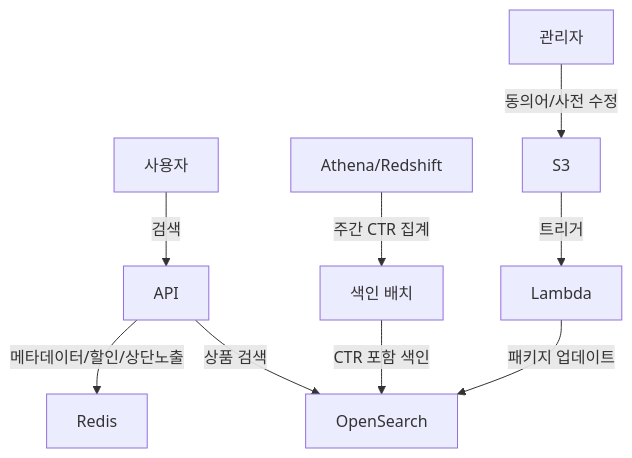
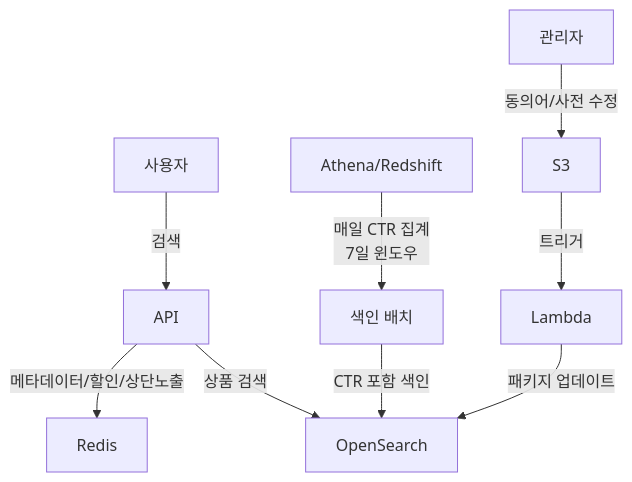
The diagram in portfolio/projects/opensearch-search-engine/index.md (banggeunho/banggeunho), drawn with Mermaid before and after one commit. The commit also changed other lines of this file and 7 other files, not shown here.

First line of the commit message:
fix: correct diagrams, code examples, and terminology for consistency

````diff
--- a/portfolio/projects/opensearch-search-engine/index.md
+++ b/portfolio/projects/opensearch-search-engine/index.md
@@ -98,13 +98,13 @@
 ```mermaid
 graph TB
     A[사용자] -->|검색| B[API]
     B -->|메타데이터/할인/상단노출| C[Redis]
     B -->|상품 검색| D[OpenSearch]
 
-    E[Athena/Redshift] -->|주간 CTR 집계| F[색인 배치]
+    E[Athena/Redshift] -->|매일 CTR 집계<br/>7일 윈도우| F[색인 배치]
     F -->|CTR 포함 색인| D
 
     G[관리자] -->|동의어/사전 수정| H[S3]
     H -->|트리거| I[Lambda]
     I -->|패키지 업데이트| D
 ```
````
